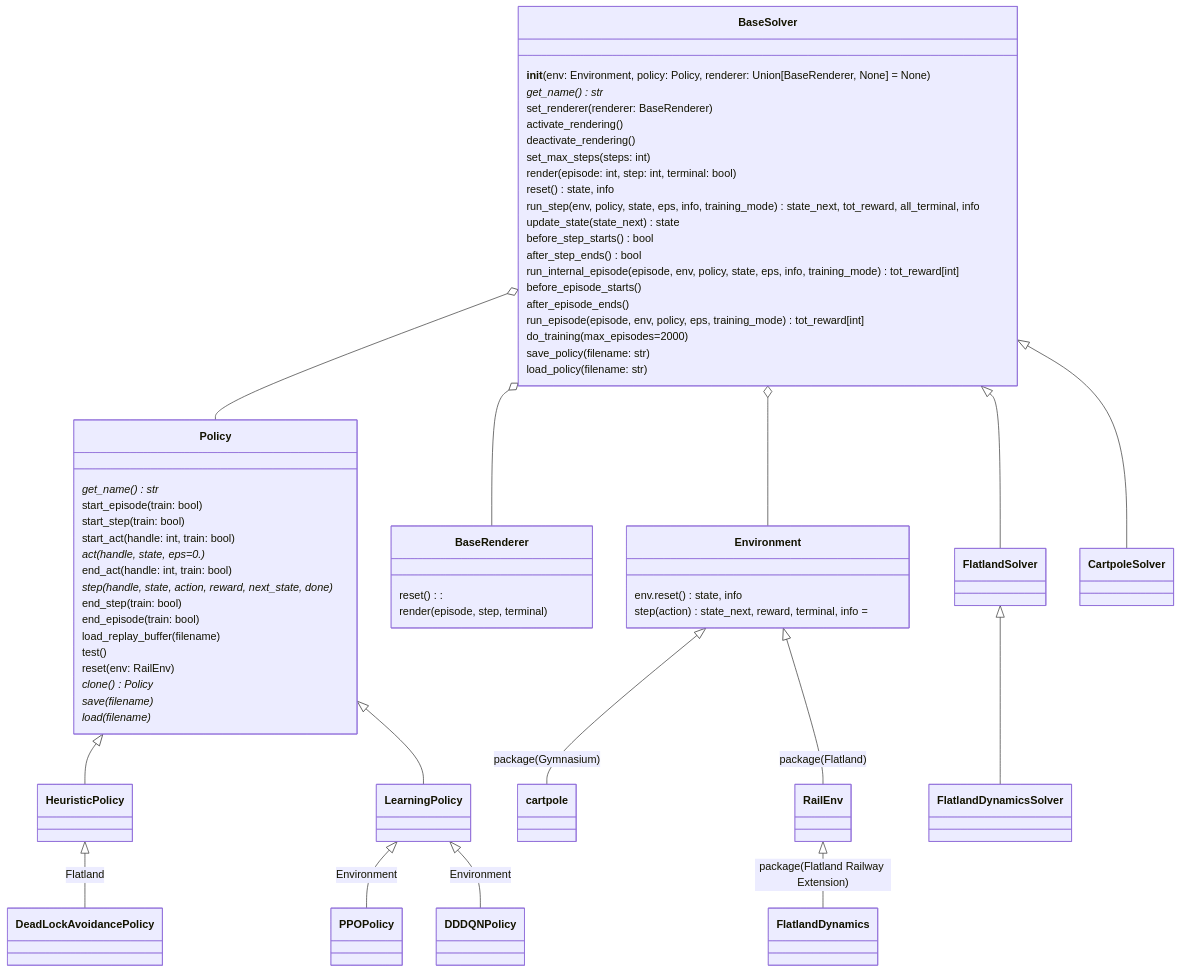
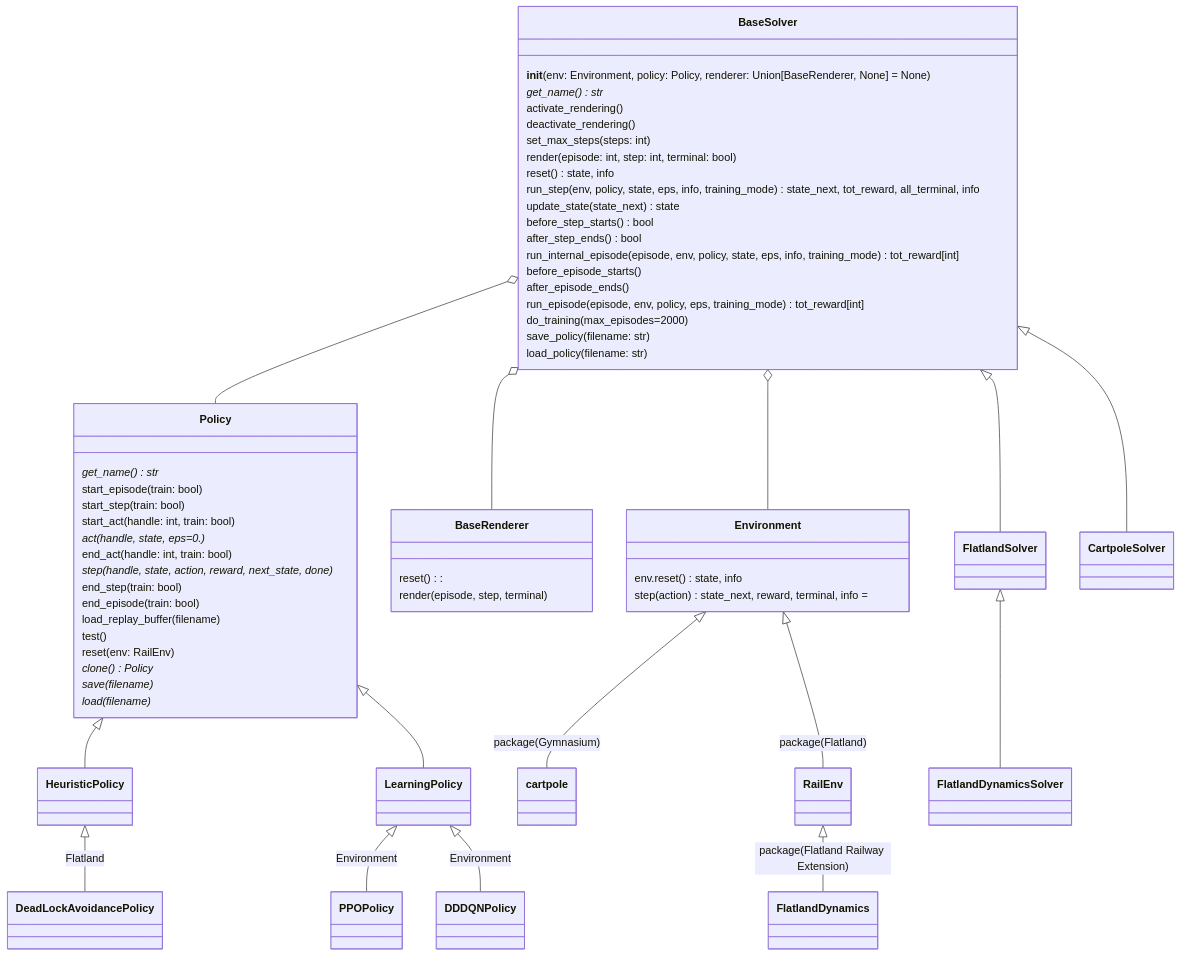
The second of 3 diagrams in README.md (aiAdrian/flatland_solver_policy), drawn with Mermaid before and after one commit.

````diff
--- a/README.md
+++ b/README.md
@@ -33,74 +33,73 @@
 ```mermaid
 classDiagram
        
     BaseSolver o-- Policy
     BaseSolver o-- BaseRenderer
     BaseSolver o-- Environment
 
     Environment <|-- cartpole : package(Gymnasium)
     Environment <|-- RailEnv : package(Flatland)
     RailEnv <|-- FlatlandDynamics : package(Flatland Railway Extension)
     
     BaseSolver <|-- FlatlandSolver
     BaseSolver <|-- CartpoleSolver
     FlatlandSolver <|-- FlatlandDynamicsSolver
     
     Policy  <|-- HeuristicPolicy
 
     HeuristicPolicy  <|-- DeadLockAvoidancePolicy : Flatland
 
     Policy  <|-- LearningPolicy
 
     LearningPolicy <|-- PPOPolicy : Environment
     LearningPolicy <|-- DDDQNPolicy : Environment
 
     class Environment {
         env.reset() state, info
         step(action) state_next, reward, terminal, info = 
     }
 
     class Policy{
       get_name()* str
       start_episode(train: bool)
       start_step(train: bool)
       start_act(handle: int, train: bool)
       act(handle, state, eps=0.)*
       end_act(handle: int, train: bool)
       step(handle, state, action, reward, next_state, done)*
       end_step(train: bool)
       end_episode(train: bool)
       load_replay_buffer(filename)
       test()
       reset(env: RailEnv)
       clone()* Policy
       save(filename)*
       load(filename)* 
     }
 
     class BaseRenderer {
         reset():
         render(episode, step, terminal)
     }
 
     class BaseSolver {
         __init__(env: Environment, policy: Policy, renderer: Union[BaseRenderer, None] = None)
         get_name()* str
-        set_renderer(renderer: BaseRenderer)
         activate_rendering()
         deactivate_rendering()
         set_max_steps(steps: int)
         render(episode: int, step: int, terminal: bool)
         reset() state, info
         run_step(env, policy, state, eps, info, training_mode) state_next, tot_reward, all_terminal, info
         update_state(state_next) state
         before_step_starts() bool
         after_step_ends() bool
         run_internal_episode( episode, env, policy, state, eps, info, training_mode) tot_reward[int]
         before_episode_starts()
         after_episode_ends()
         run_episode(episode, env, policy, eps, training_mode) tot_reward[int]
         do_training(max_episodes=2000)
         save_policy(filename: str)
         load_policy(filename: str)
     }
 ``` 
````
